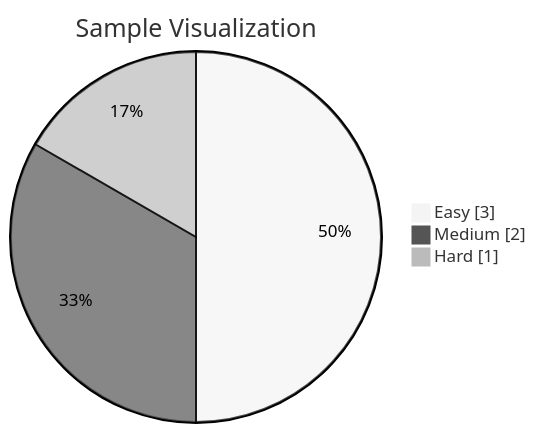
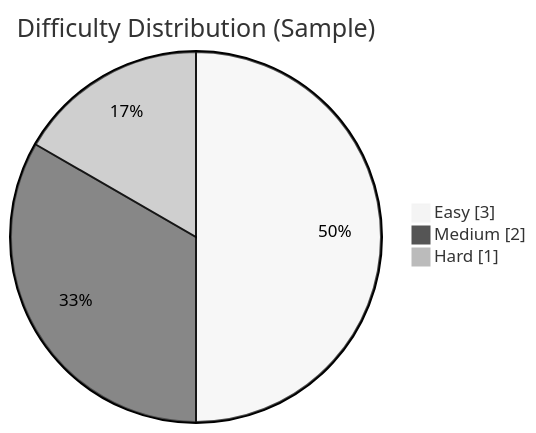
The diagram in README.md (hinata-koizumi/leetcode-journey), drawn with Mermaid (neutral theme) before and after one commit. The commit also changed other lines of this file and 1 other file, not shown here.

````diff
--- a/README.md
+++ b/README.md
@@ -18,7 +18,7 @@
 ```mermaid
 pie showData
-    title Sample Visualization
+    title Difficulty Distribution (Sample)
     "Easy" : 3
     "Medium" : 2
     "Hard" : 1
 ```
````
